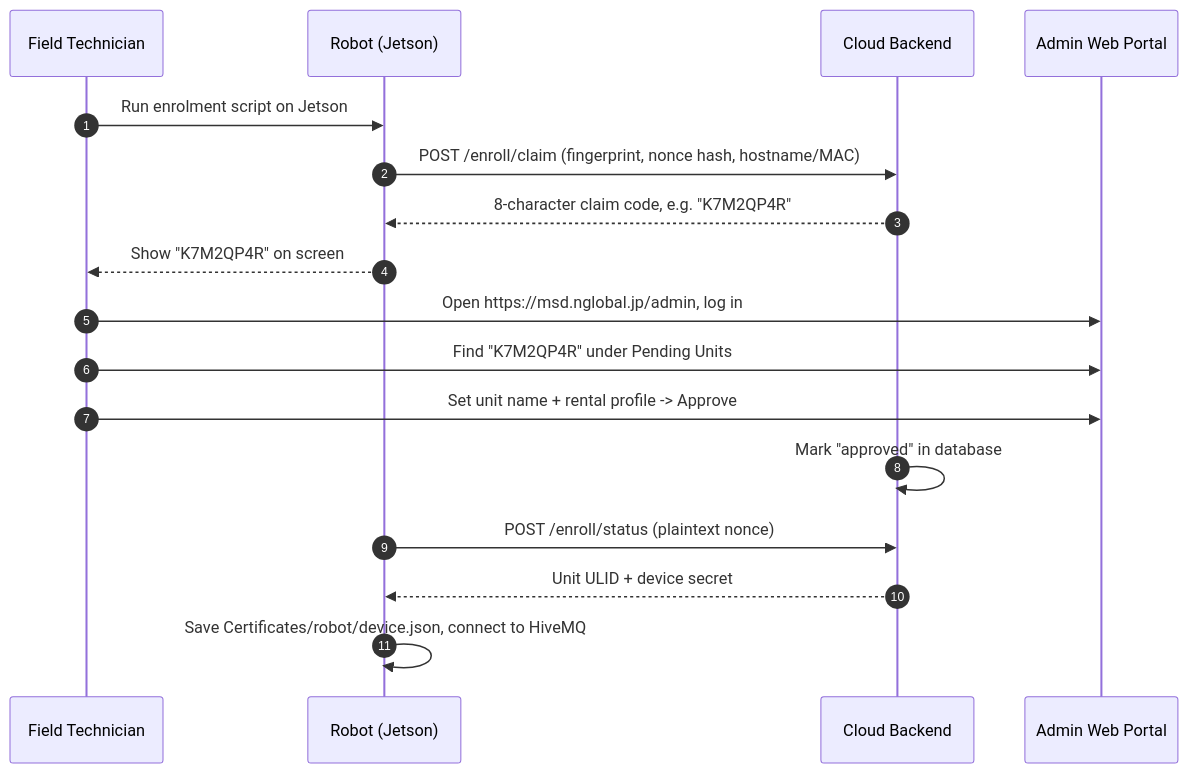
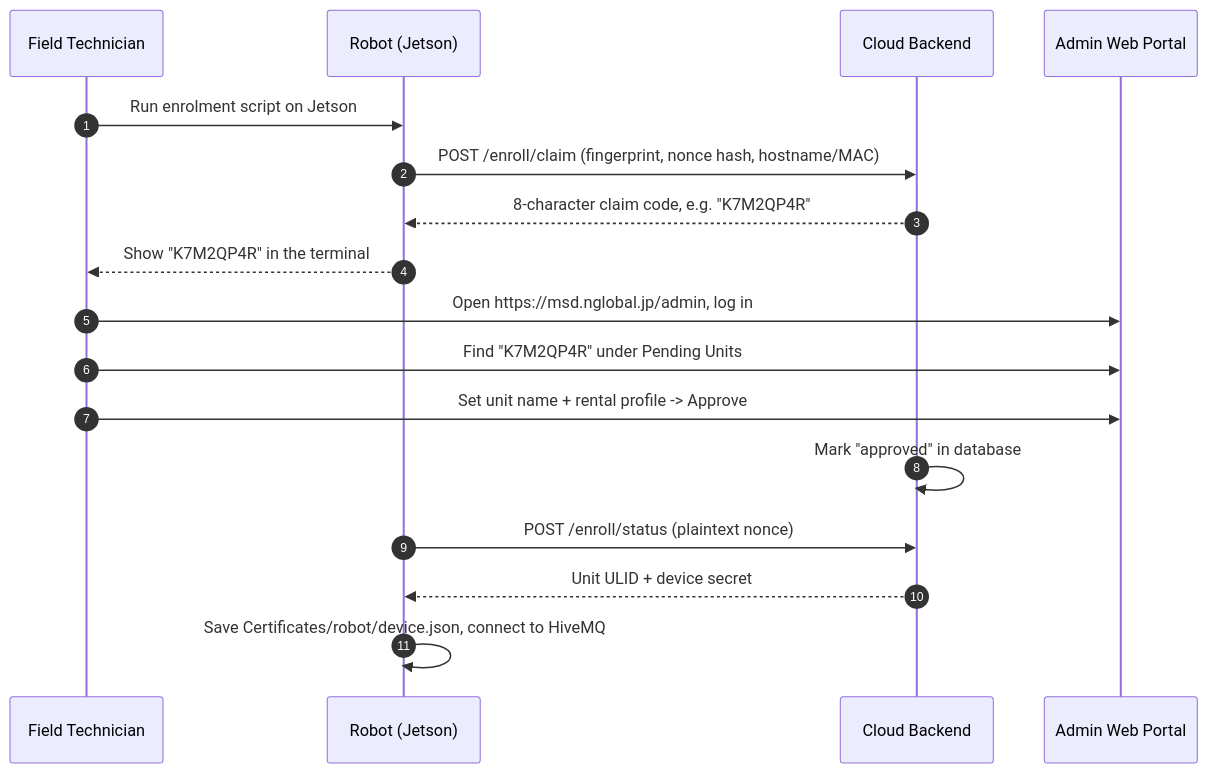
The second of 3 diagrams in docs/setup/server-setup.md (itbdelaboprogramming/msd700_documentation), drawn with Mermaid before and after one commit. The commit also changed other lines of this file and 340 other files, not shown here.

````diff
--- a/docs/setup/server-setup.md
+++ b/docs/setup/server-setup.md
@@ -315,22 +315,22 @@
 ```mermaid
 sequenceDiagram
   autonumber
   participant Tech as Field Technician
   participant Unit as Robot (Jetson)
   participant Server as Cloud Backend
   participant Admin as Admin Web Portal
 
   Tech->>Unit: Run enrolment script on Jetson
   Unit->>Server: POST /enroll/claim (fingerprint, nonce hash, hostname/MAC)
   Server-->>Unit: 8-character claim code, e.g. "K7M2QP4R"
-  Unit-->>Tech: Show "K7M2QP4R" on screen
+  Unit-->>Tech: Show "K7M2QP4R" in the terminal
 
   Tech->>Admin: Open https://msd.nglobal.jp/admin, log in
   Tech->>Admin: Find "K7M2QP4R" under Pending Units
   Tech->>Admin: Set unit name + rental profile -> Approve
 
   Server->>Server: Mark "approved" in database
   Unit->>Server: POST /enroll/status (plaintext nonce)
   Server-->>Unit: Unit ULID + device secret
   Unit->>Unit: Save Certificates/robot/device.json, connect to HiveMQ
 ```
````
